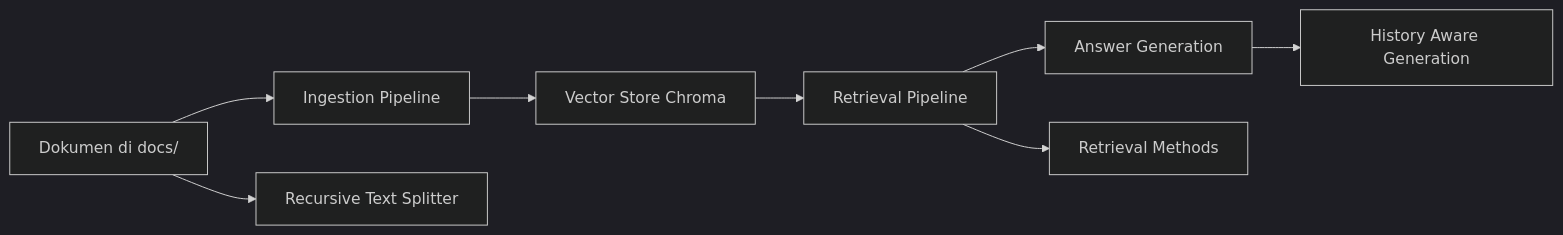
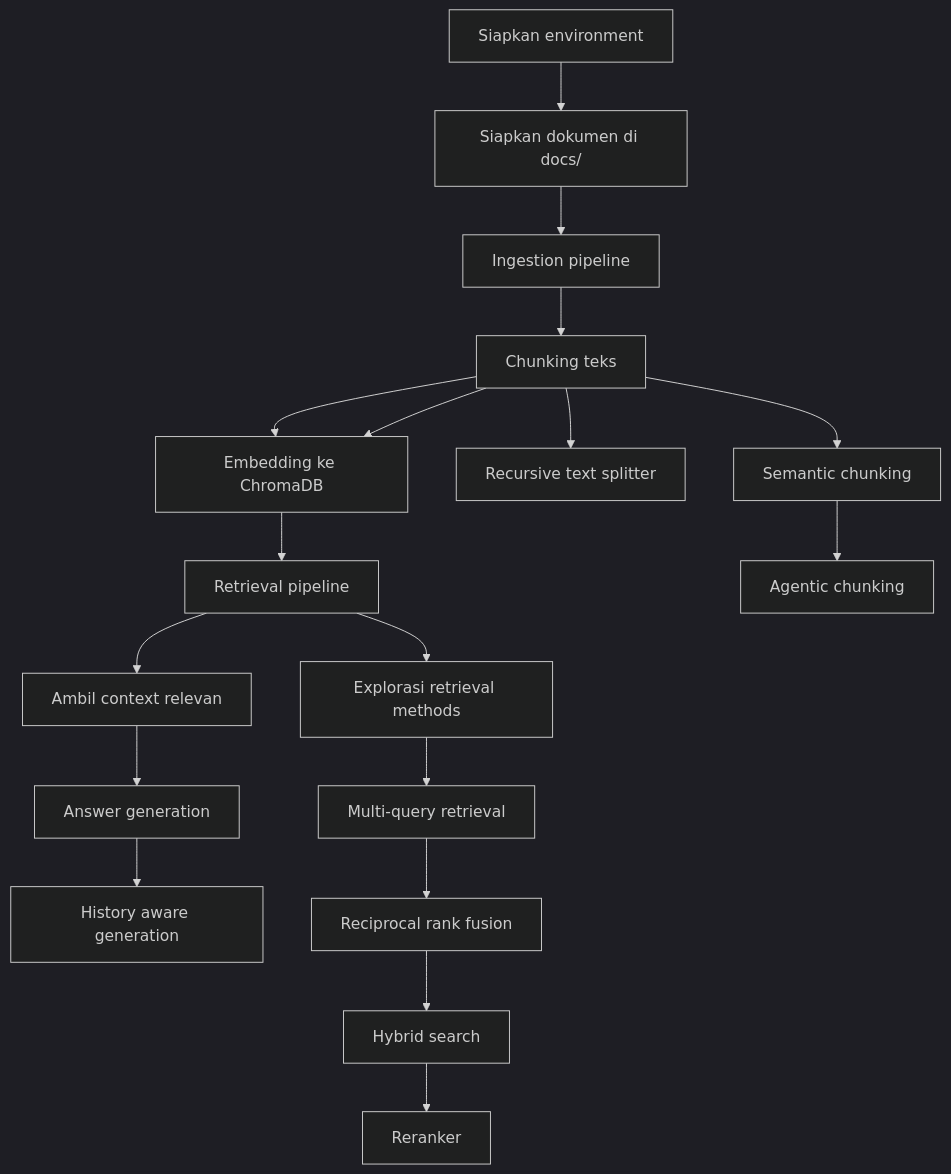
One commit to taufiq26127/complete-rag-tutorial changed the diagram in README.md. Above: the diagram before and after it, drawn with Mermaid (dark theme). The commit also changed other lines of this file, not shown here.

````diff
--- a/README.md
+++ b/README.md
@@ -21,10 +31,20 @@
 ```mermaid
-flowchart LR
-	A[Dokumen di docs/] --> B[Ingestion Pipeline]
-	B --> C[Vector Store Chroma]
-	C --> D[Retrieval Pipeline]
-	D --> E[Answer Generation]
-	E --> F[History Aware Generation]
-	D --> G[Retrieval Methods]
-	A --> H[Recursive Text Splitter]
+flowchart TD
+	A[Siapkan environment] --> B[Siapkan dokumen di docs/]
+	B --> C[Ingestion pipeline]
+	C --> D[Chunking teks]
+    D --> E[CharacterTextSplitter]
+	D --> E[Embedding ke ChromaDB]
+	E --> F[Retrieval pipeline]
+	F --> G[Ambil context relevan]
+	G --> H[Answer generation]
+	H --> I[History aware generation]
+	D --> J[Recursive text splitter]
+	D --> K[Semantic chunking]
+	K --> L[Agentic chunking]
+	F --> M[Explorasi retrieval methods]
+	M --> N[Multi-query retrieval]
+	N --> O[Reciprocal rank fusion]
+	O --> P[Hybrid search]
+	P --> Q[Reranker]
 ```
````
